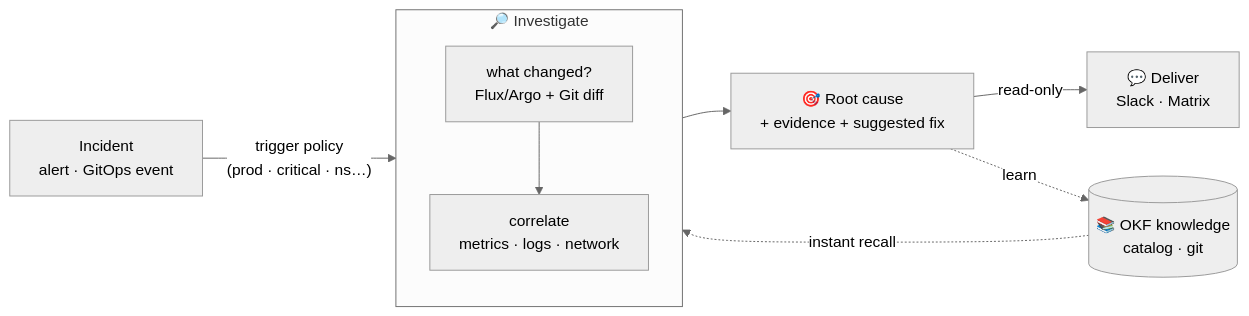
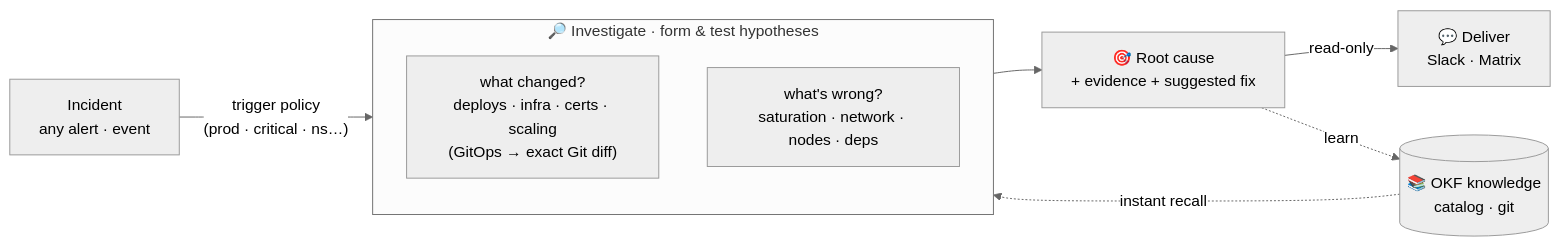
Before and after one commit to Smana/runlore: the diagram in README.md, drawn with Mermaid (neutral theme). The commit also changed other lines of this file and 1 other file, not shown here.

First line of the commit message:
docs: reframe intent — react to ANY incident; what-changed is the sharpest lens

````diff
--- a/README.md
+++ b/README.md
@@ -43,12 +46,13 @@
 ```mermaid
 flowchart LR
-    A["Incident<br/>alert · GitOps event"] -->|"trigger policy<br/>(prod · critical · ns…)"| B
-    subgraph B["🔎 Investigate"]
+    A["Incident<br/>any alert · event"] -->|"trigger policy<br/>(prod · critical · ns…)"| B
+    subgraph B["🔎 Investigate · form & test hypotheses"]
       direction TB
-      W["what changed?<br/>Flux/Argo + Git diff"] --> C["correlate<br/>metrics · logs · network"]
+      W["what changed?<br/>deploys · infra · certs · scaling<br/>(GitOps → exact Git diff)"]
+      C["what's wrong?<br/>saturation · network · nodes · deps"]
     end
     B --> R["🎯 Root cause<br/>+ evidence + suggested fix"]
     R -->|"read-only"| D["💬 Deliver<br/>Slack · Matrix"]
     R -. learn .-> K[("📚 OKF knowledge<br/>catalog · git")]
     K -. instant recall .-> B
 ```
````
